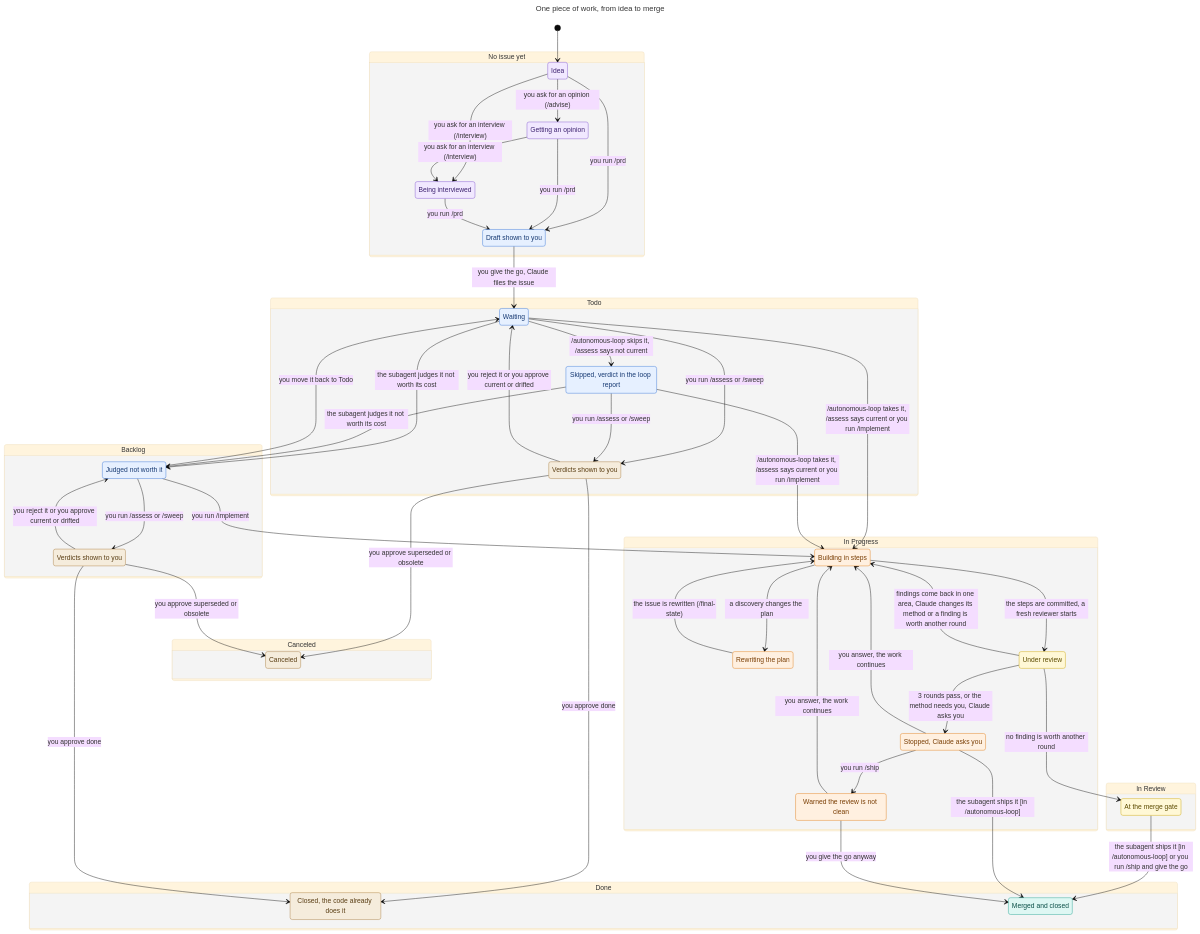
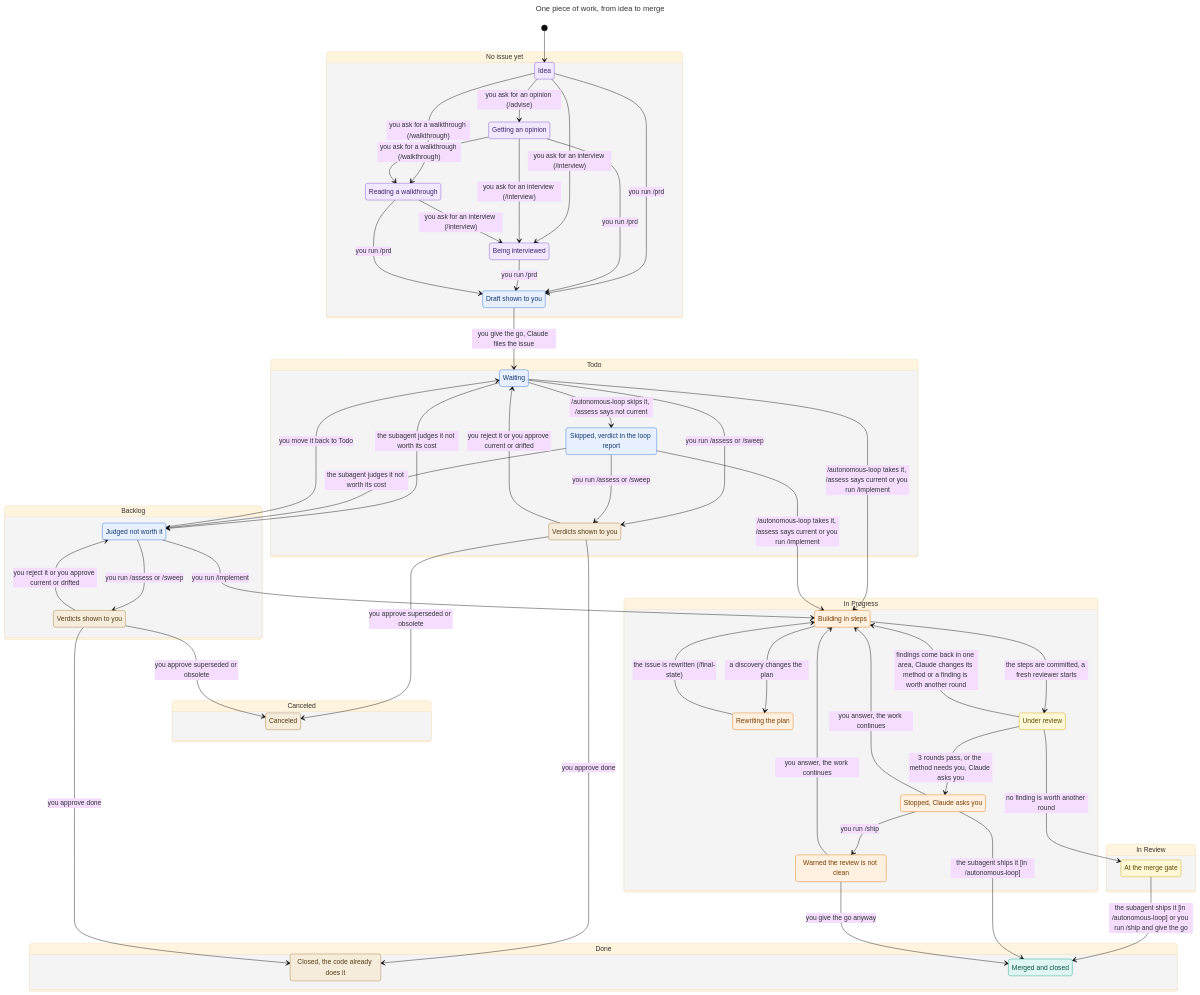
The second of 2 diagrams in README.md (felipeam86/pipe-skills), drawn with Mermaid (base theme) before and after one commit. The commit also changed other lines of this file and 2 other files, not shown here.

Commit message:
GH-16: Add the walkthrough step to the lifecycle model and the README
The model gets the state "Reading a walkthrough" in the talk phase. You reach it from an idea or an opinion, and you leave it for an interview or for /prd. The README gets one row for the skill and both new charts.

Validation: TLC passes on both charts with tla2tools 1.7.4. The full lifecycle keeps all 8 rules and NoDeadlock. The main workflow keeps NoDeadlock.

Charts: both changed, by the new state and its 4 transitions.

````diff
--- a/README.md
+++ b/README.md
@@ -129,69 +136,74 @@
     s2: Getting an opinion
     s3: Draft shown to you
     s4: Being interviewed
+    s5: Reading a walkthrough
   }
-  state "Todo" as s5 {
-    s6: Waiting
-    s7: Skipped, verdict in the loop report
-    s8: Verdicts shown to you
+  state "Todo" as s6 {
+    s7: Waiting
+    s8: Skipped, verdict in the loop report
+    s9: Verdicts shown to you
   }
-  state "In Progress" as s9 {
-    s10: Building in steps
-    s11: Rewriting the plan
-    s12: Under review
-    s13: Stopped, Claude asks you
-    s14: Warned the review is not clean
+  state "In Progress" as s10 {
+    s11: Building in steps
+    s12: Rewriting the plan
+    s13: Under review
+    s14: Stopped, Claude asks you
+    s15: Warned the review is not clean
   }
-  state "Backlog" as s15 {
-    s16: Judged not worth it
-    s17: Verdicts shown to you
+  state "Backlog" as s16 {
+    s17: Judged not worth it
+    s18: Verdicts shown to you
   }
-  state "Canceled" as s18 {
-    s19: Canceled
+  state "Canceled" as s19 {
+    s20: Canceled
   }
-  state "Done" as s20 {
-    s21: Closed, the code already does it
-    s22: Merged and closed
+  state "Done" as s21 {
+    s22: Closed, the code already does it
+    s23: Merged and closed
   }
-  state "In Review" as s23 {
-    s24: At the merge gate
+  state "In Review" as s24 {
+    s25: At the merge gate
   }
   [*] --> s1
   s1 --> s2: you ask for an opinion (/advise)
   s1 --> s3: you run /prd
   s1 --> s4: you ask for an interview (/interview)
+  s1 --> s5: you ask for a walkthrough (/walkthrough)
   s2 --> s3: you run /prd
   s2 --> s4: you ask for an interview (/interview)
-  s3 --> s6: you give the go, Claude files the issue
+  s2 --> s5: you ask for a walkthrough (/walkthrough)
+  s3 --> s7: you give the go, Claude files the issue
   s4 --> s3: you run /prd
-  s6 --> s10: /autonomous-loop takes it, /assess says current or you run /implement
-  s6 --> s16: the subagent judges it not worth its cost
-  s6 --> s7: /autonomous-loop skips it, /assess says not current
-  s6 --> s8: you run /assess or /sweep
-  s10 --> s11: a discovery changes the plan
-  s10 --> s12: the steps are committed, a fresh reviewer starts
-  s16 --> s6: you move it back to Todo
-  s16 --> s10: you run /implement
-  s16 --> s17: you run /assess or /sweep
-  s7 --> s10: /autonomous-loop takes it, /assess says current or you run /implement
-  s7 --> s16: the subagent judges it not worth its cost
-  s7 --> s8: you run /assess or /sweep
-  s8 --> s6: you reject it or you approve current or drifted
-  s8 --> s19: you approve superseded or obsolete
-  s8 --> s21: you approve done
-  s11 --> s10: the issue is rewritten (/final-state)
-  s12 --> s10: findings come back in one area, Claude changes its method or a finding is worth another round
-  s12 --> s24: no finding is worth another round
-  s12 --> s13: 3 rounds pass, or the method needs you, Claude asks you
-  s17 --> s16: you reject it or you approve current or drifted
-  s17 --> s19: you approve superseded or obsolete
-  s17 --> s21: you approve done
-  s24 --> s22: the subagent ships it [in /autonomous-loop] or you run /ship and give the go
-  s13 --> s22: the subagent ships it [in /autonomous-loop]
-  s13 --> s10: you answer, the work continues
-  s13 --> s14: you run /ship
-  s14 --> s10: you answer, the work continues
-  s14 --> s22: you give the go anyway
+  s5 --> s3: you run /prd
+  s5 --> s4: you ask for an interview (/interview)
+  s7 --> s11: /autonomous-loop takes it, /assess says current or you run /implement
+  s7 --> s17: the subagent judges it not worth its cost
+  s7 --> s8: /autonomous-loop skips it, /assess says not current
+  s7 --> s9: you run /assess or /sweep
+  s11 --> s12: a discovery changes the plan
+  s11 --> s13: the steps are committed, a fresh reviewer starts
+  s17 --> s7: you move it back to Todo
+  s17 --> s11: you run /implement
+  s17 --> s18: you run /assess or /sweep
+  s8 --> s11: /autonomous-loop takes it, /assess says current or you run /implement
+  s8 --> s17: the subagent judges it not worth its cost
+  s8 --> s9: you run /assess or /sweep
+  s9 --> s7: you reject it or you approve current or drifted
+  s9 --> s20: you approve superseded or obsolete
+  s9 --> s22: you approve done
+  s12 --> s11: the issue is rewritten (/final-state)
+  s13 --> s11: findings come back in one area, Claude changes its method or a finding is worth another round
+  s13 --> s25: no finding is worth another round
+  s13 --> s14: 3 rounds pass, or the method needs you, Claude asks you
+  s18 --> s17: you reject it or you approve current or drifted
+  s18 --> s20: you approve superseded or obsolete
+  s18 --> s22: you approve done
+  s25 --> s23: the subagent ships it [in /autonomous-loop] or you run /ship and give the go
+  s14 --> s23: the subagent ships it [in /autonomous-loop]
+  s14 --> s11: you answer, the work continues
+  s14 --> s15: you run /ship
+  s15 --> s11: you answer, the work continues
+  s15 --> s23: you give the go anyway
   classDef purple fill:#f1e8ff,stroke:#7c4dcc,color:#3d2370
   classDef blue fill:#e6f0ff,stroke:#2f6fd6,color:#173a73
   classDef tan fill:#f5ecdc,stroke:#a6793a,color:#5a3e14
@@ -202,18 +214,19 @@
   class s2 purple
   class s3 blue
   class s4 purple
-  class s6 blue
+  class s5 purple
   class s7 blue
-  class s8 tan
-  class s10 orange
+  class s8 blue
+  class s9 tan
   class s11 orange
-  class s12 yellow
-  class s13 orange
+  class s12 orange
+  class s13 yellow
   class s14 orange
-  class s16 blue
-  class s17 tan
-  class s19 tan
-  class s21 tan
-  class s22 teal
-  class s24 yellow
+  class s15 orange
+  class s17 blue
+  class s18 tan
+  class s20 tan
+  class s22 tan
+  class s23 teal
+  class s25 yellow
 ```
````
